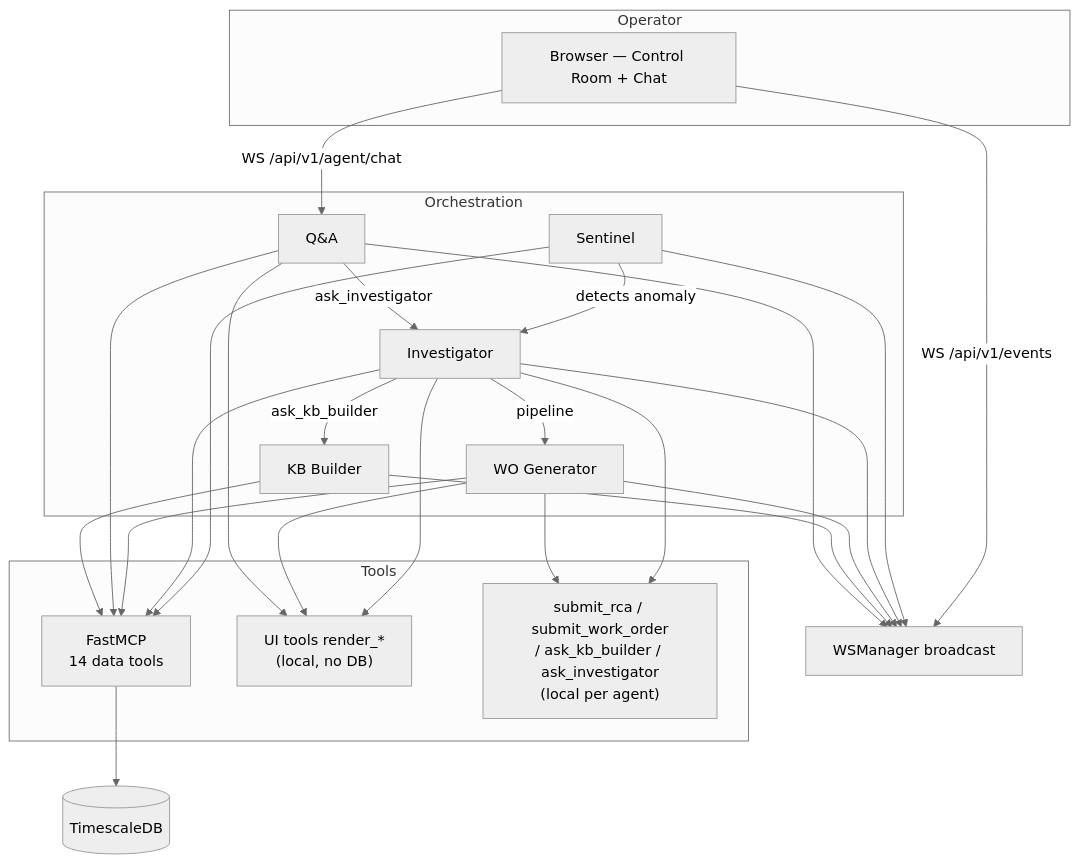
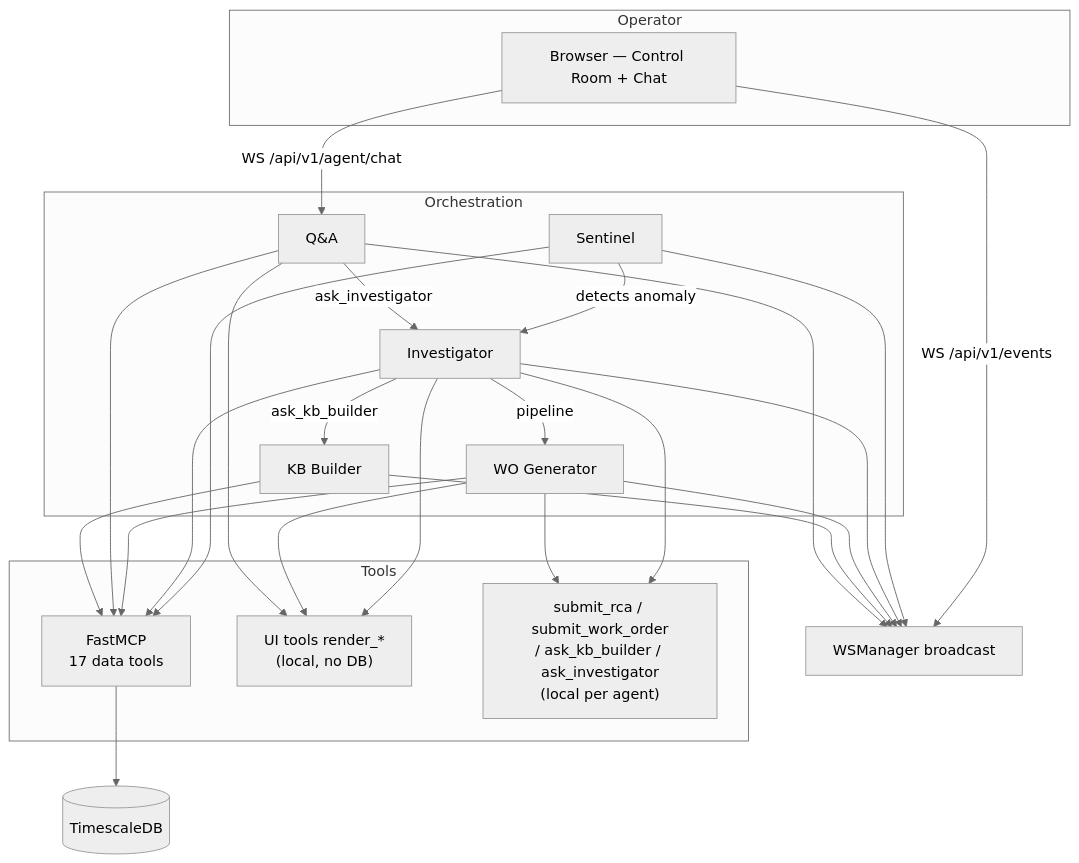
The third of 6 diagrams in docs/planning/ROADMAP.md (zestones/Aria), drawn with Mermaid (neutral theme) before and after one commit. The commit also changed other lines of this file and 16 other files, not shown here.

Commit message:
fix: documentation errors bad mcp tools number

````diff
--- a/docs/planning/ROADMAP.md
+++ b/docs/planning/ROADMAP.md
@@ -162,45 +162,45 @@
 ```mermaid
 flowchart TB
     subgraph Operator
         UI["Browser — Control Room + Chat"]
     end
     subgraph Orchestration
         Sentinel
         Investigator
         Builder[KB Builder]
         WOGen[WO Generator]
         QA[Q&A]
     end
     subgraph Tools
-        MCP["FastMCP\n14 data tools"]
+        MCP["FastMCP\n17 data tools"]
         UITools["UI tools render_*\n(local, no DB)"]
         Local["submit_rca / submit_work_order\n/ ask_kb_builder / ask_investigator\n(local per agent)"]
     end
     DB[(TimescaleDB)]
     WSMgr[WSManager broadcast]
 
     Sentinel -- detects anomaly --> Investigator
     Investigator -- ask_kb_builder --> Builder
     QA -- ask_investigator --> Investigator
     Investigator -- pipeline --> WOGen
 
     Sentinel --> MCP
     Investigator --> MCP
     Investigator --> UITools
     Investigator --> Local
     WOGen --> MCP
     WOGen --> UITools
     WOGen --> Local
     QA --> MCP
     QA --> UITools
     Builder --> MCP
 
     MCP --> DB
     UI -- "WS /api/v1/agent/chat" --> QA
     UI -- "WS /api/v1/events" --> WSMgr
     Sentinel --> WSMgr
     Investigator --> WSMgr
     WOGen --> WSMgr
     Builder --> WSMgr
     QA --> WSMgr
 ```
````
